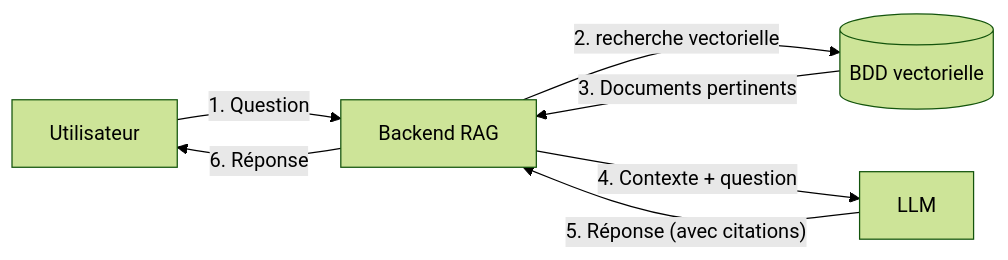
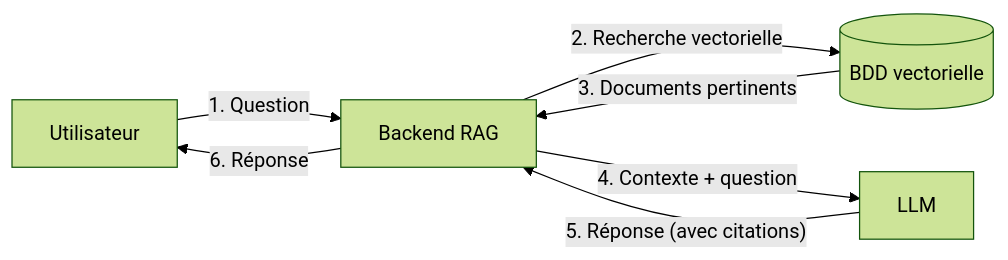
Before and after one commit to loicbourg/presentation-clermontech-rag: the diagram in slides.md, drawn with Mermaid (forest theme). The commit also changed other lines of this file and 104 other files, not shown here.

````diff
--- a/slides.md
+++ b/slides.md
@@ -50,10 +51,10 @@
 ```mermaid
 graph LR
     U[Utilisateur] -- "1. Question" --> S[Backend RAG]
-    S -- "2. recherche vectorielle" --> D[(BDD vectorielle)]
+    S -- "2. Recherche vectorielle" --> D[(BDD vectorielle)]
     D -- "3. Documents pertinents" --> S
     S -- "4. Contexte + question" --> L[LLM]
     L -- "5. Réponse (avec citations)" --> S
     S -- "6. Réponse" --> U
  
 ```
````
